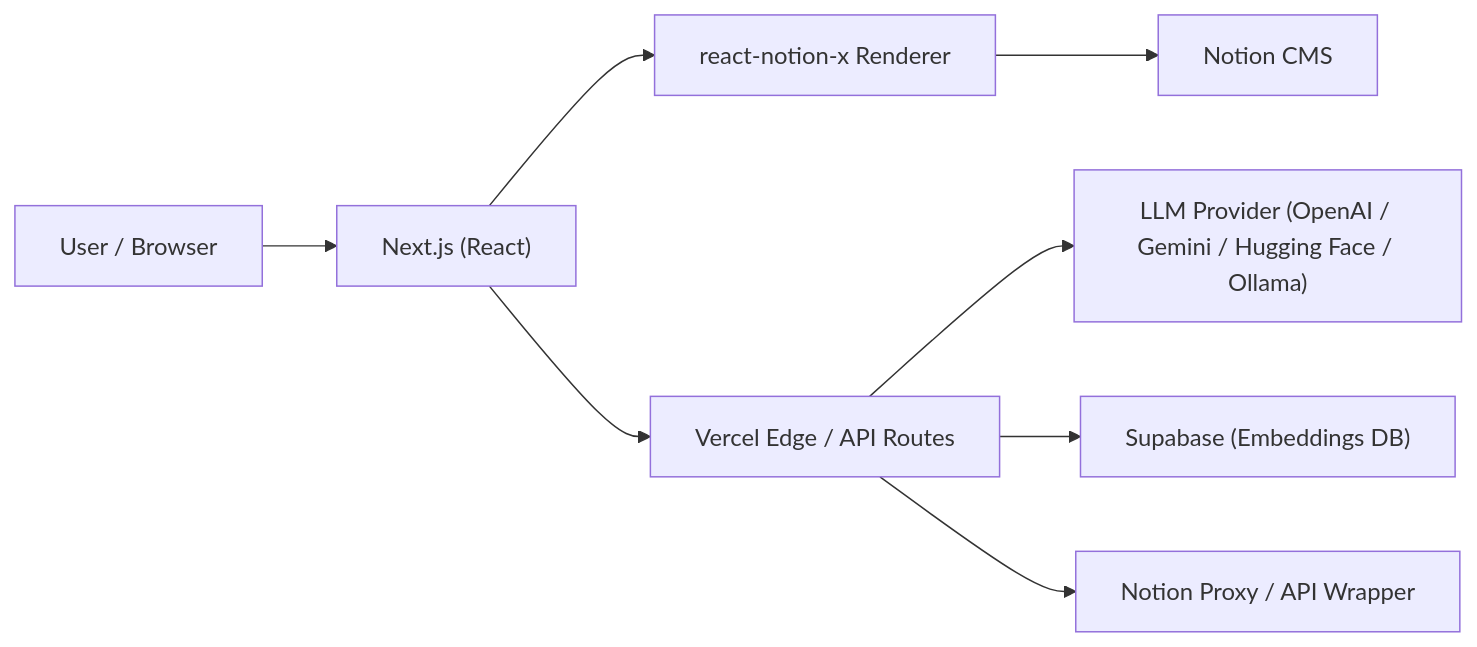
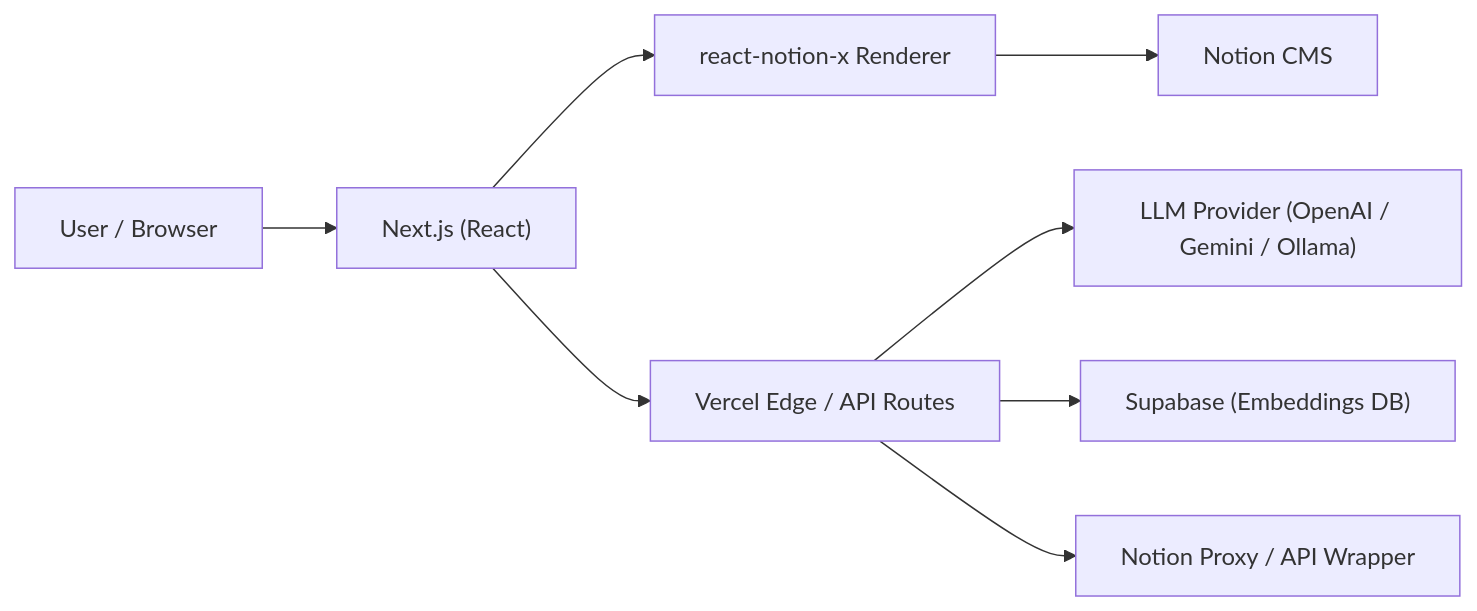
One commit to jack-h-park/nextjs-react-notion-x changed the second of 3 diagrams in readme.md. Above: the diagram before and after it, drawn with Mermaid. The commit also changed other lines of this file and 12 other files, not shown here.

Commit message:
refactor: remove Hugging Face

````diff
--- a/readme.md
+++ b/readme.md
@@ -312,10 +309,10 @@
 ```mermaid
 flowchart LR
   A["User / Browser"] --> B["Next.js (React)"];
   B --> C["react-notion-x Renderer"];
   C --> D["Notion CMS"];
   B --> E["Vercel Edge / API Routes"];
-  E --> F["LLM Provider (OpenAI / Gemini / Hugging Face / Ollama)"];
+  E --> F["LLM Provider (OpenAI / Gemini / Ollama)"];
   E --> G["Supabase (Embeddings DB)"];
   E --> H["Notion Proxy / API Wrapper"];
 ```
````
